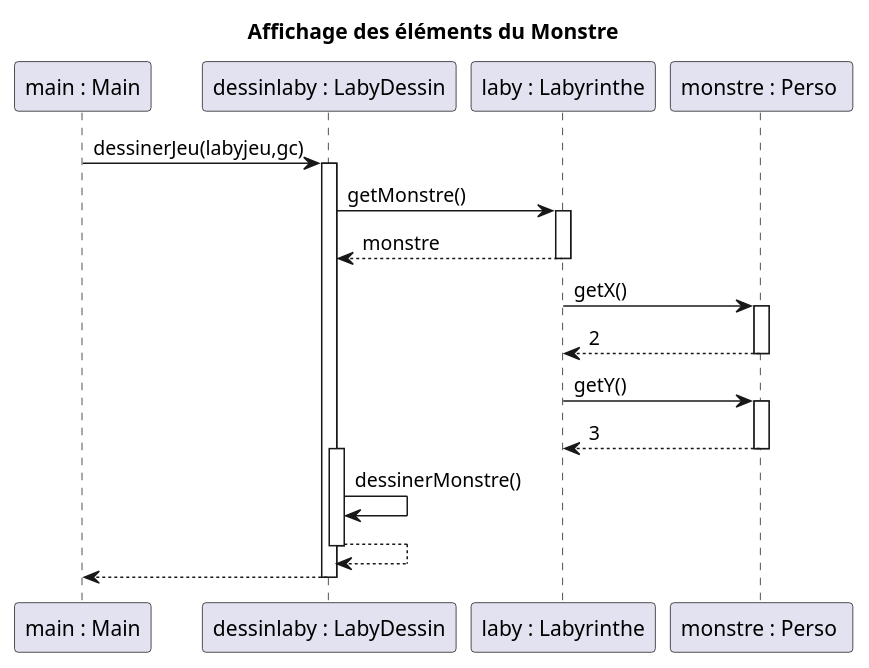
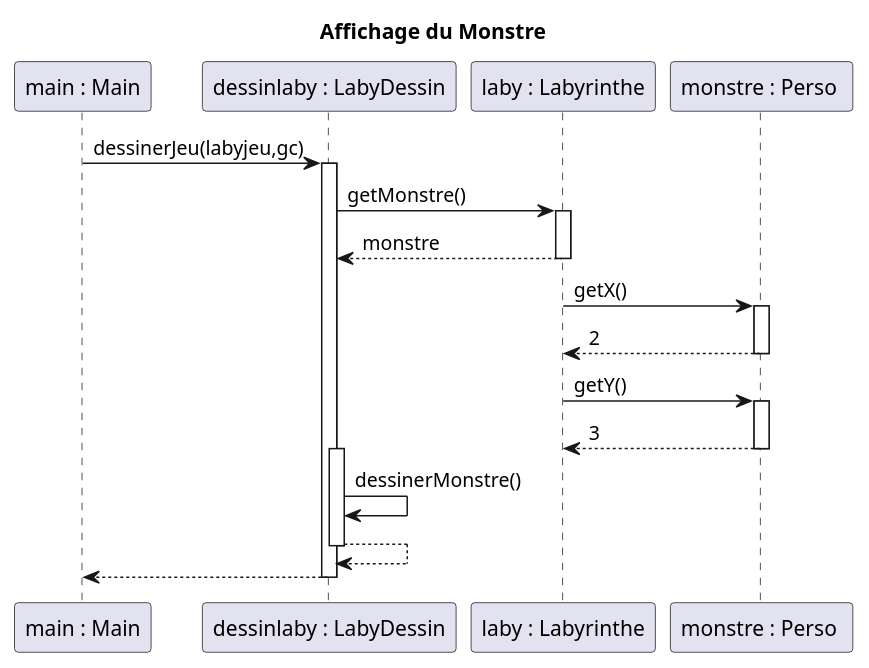
The diagram in documents/version_3/DiagrammeSequenceMonstreGraphique.puml (TanguyFox/2022_Zeldiablo_renard136u_seiler33u_serrier26u_arcelin1u), drawn with PlantUML before and after one commit. The commit also changed 9 other files, not shown here.

Commit message:
Images Diagrammes

```diff
--- a/documents/version_3/DiagrammeSequenceMonstreGraphique.puml
+++ b/documents/version_3/DiagrammeSequenceMonstreGraphique.puml
@@ -1,40 +1,40 @@
 @startuml
 'https://plantuml.com/sequence-diagram
 
 
-title "Affichage des éléments du Monstre"
+title "Affichage du Monstre"
 
 participant "main : Main" as MAIN
 participant "dessinlaby : LabyDessin" as LD
 participant "laby : Labyrinthe" as L
 participant "monstre : Perso " as M
 
 
 
 MAIN ->LD : dessinerJeu(labyjeu,gc)
 
 
 activate LD
 LD -> L : getMonstre()
 
 activate L
 L --> LD : monstre
 deactivate L
 
 
 L -> M : getX()
 activate M
 M --> L : 2
 deactivate M
 
 L -> M : getY()
 activate M
 M --> L : 3
 deactivate M
 activate LD
 LD -> LD : dessinerMonstre()
 LD --> LD
 deactivate LD
 LD --> MAIN
 deactivate LD
 @enduml
```
